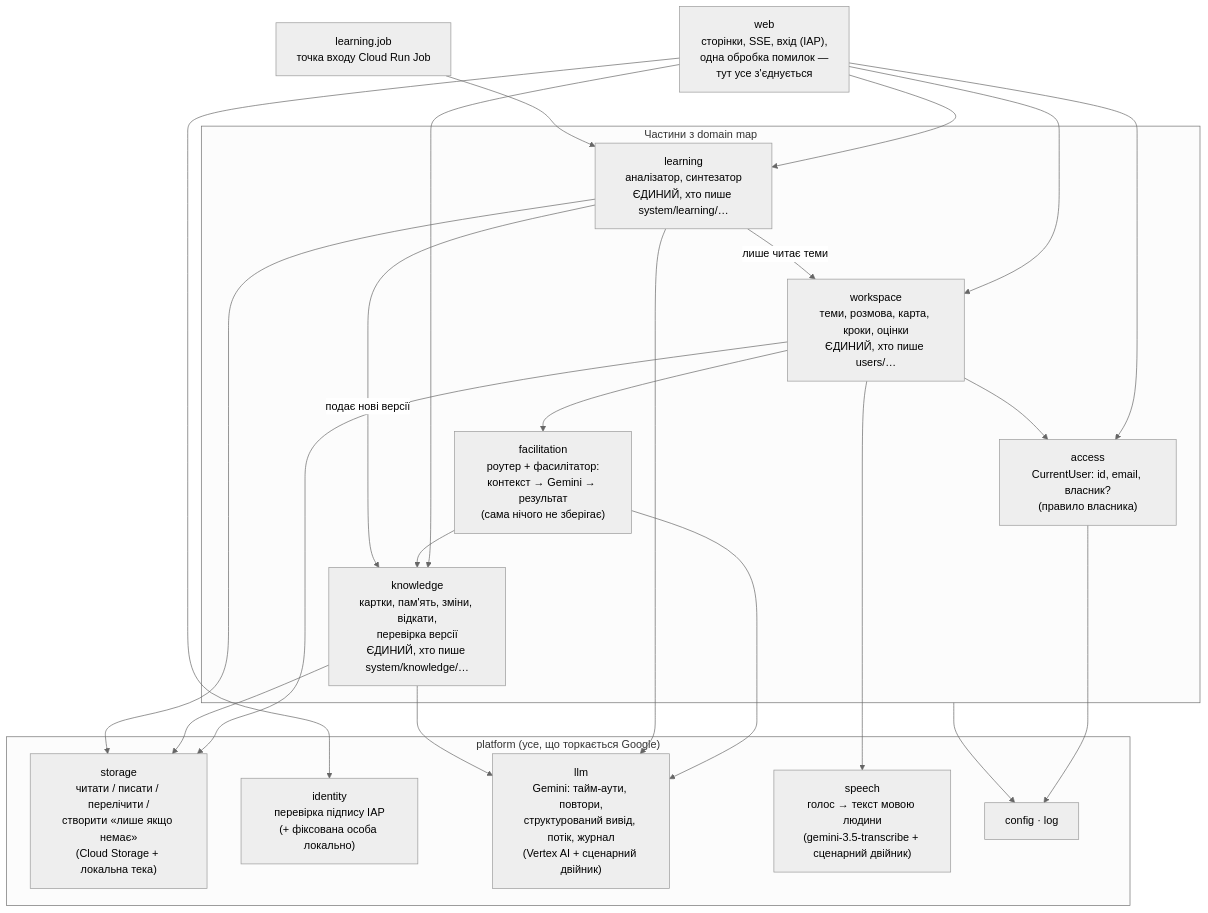
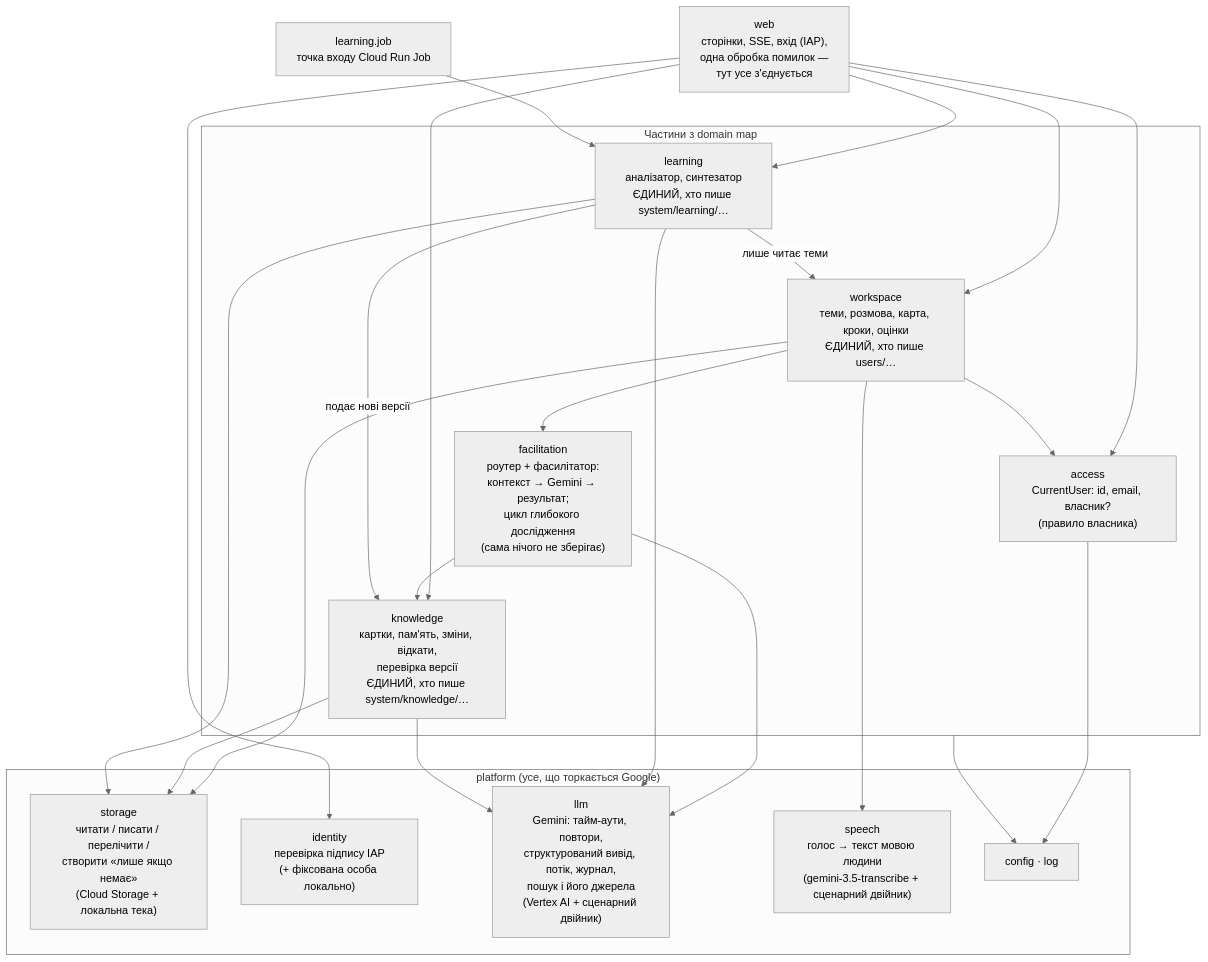
One commit to Tolkoton/thinkhow changed the fifth of 5 diagrams in .engine/architecture/architecture-map.md. Above: the diagram before and after it, drawn with Mermaid (neutral theme). The commit also changed other lines of this file and 9 other files, not shown here.

````diff
--- a/.engine/architecture/architecture-map.md
+++ b/.engine/architecture/architecture-map.md
@@ -414,42 +487,42 @@
 ```mermaid
 flowchart TB
     web["web<br/>сторінки, SSE, вхід (IAP),<br/>одна обробка помилок —<br/>тут усе з'єднується"]
     job["learning.job<br/>точка входу Cloud Run Job"]
 
     subgraph contexts["Частини з domain map"]
         access["access<br/>CurrentUser: id, email, власник?<br/>(правило власника)"]
         workspace["workspace<br/>теми, розмова, карта, кроки, оцінки<br/>ЄДИНИЙ, хто пише users/…"]
-        facil["facilitation<br/>роутер + фасилітатор:<br/>контекст → Gemini → результат<br/>(сама нічого не зберігає)"]
+        facil["facilitation<br/>роутер + фасилітатор:<br/>контекст → Gemini → результат;<br/>цикл глибокого дослідження<br/>(сама нічого не зберігає)"]
         knowledge["knowledge<br/>картки, пам'ять, зміни, відкати,<br/>перевірка версії<br/>ЄДИНИЙ, хто пише system/knowledge/…"]
         learning["learning<br/>аналізатор, синтезатор<br/>ЄДИНИЙ, хто пише system/learning/…"]
     end
 
     subgraph platform["platform (усе, що торкається Google)"]
         storage["storage<br/>читати / писати / перелічити /<br/>створити «лише якщо немає»<br/>(Cloud Storage + локальна тека)"]
         identity["identity<br/>перевірка підпису IAP<br/>(+ фіксована особа локально)"]
-        llm["llm<br/>Gemini: тайм-аути, повтори,<br/>структурований вивід, потік, журнал<br/>(Vertex AI + сценарний двійник)"]
+        llm["llm<br/>Gemini: тайм-аути, повтори,<br/>структурований вивід, потік, журнал,<br/>пошук і його джерела<br/>(Vertex AI + сценарний двійник)"]
         speech["speech<br/>голос → текст мовою людини<br/>(gemini-3.5-transcribe + сценарний двійник)"]
         cfg["config · log"]
     end
 
     web --> access
     web --> identity
     workspace --> speech
     workspace --> access
     web --> workspace
     web --> knowledge
     web --> learning
     job --> learning
     workspace --> facil
     facil --> knowledge
     facil --> llm
     learning -->|"лише читає теми"| workspace
     learning -->|"подає нові версії"| knowledge
     learning --> llm
     workspace --> storage
     knowledge --> storage
     learning --> storage
     knowledge --> llm
     access --> cfg
     contexts --> cfg
 ```
````
